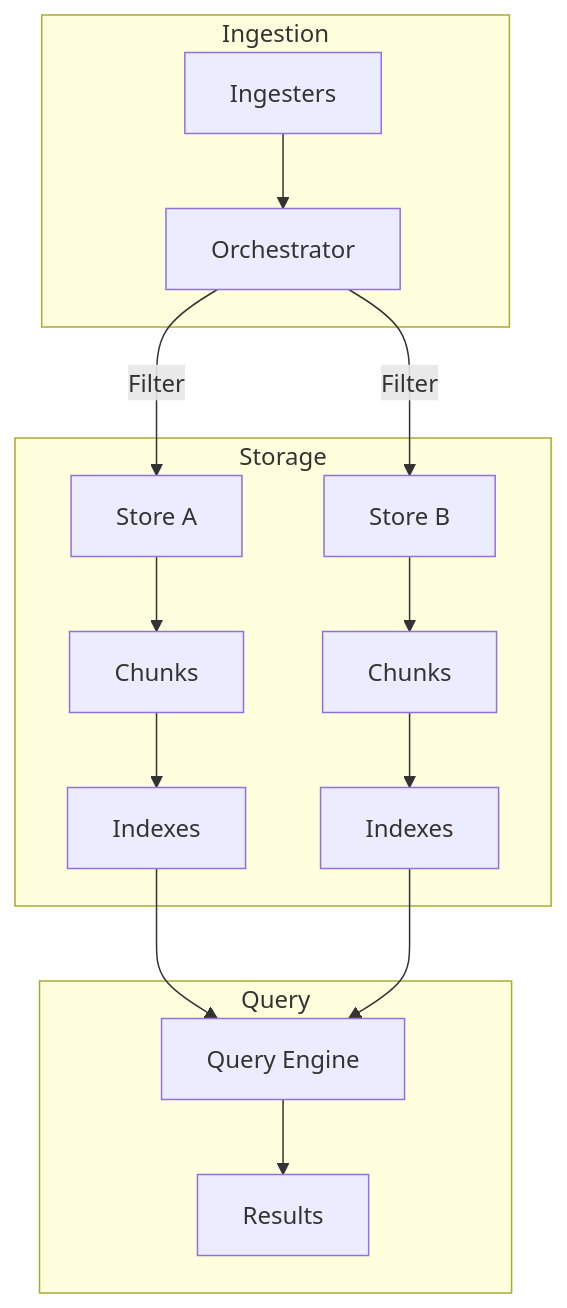
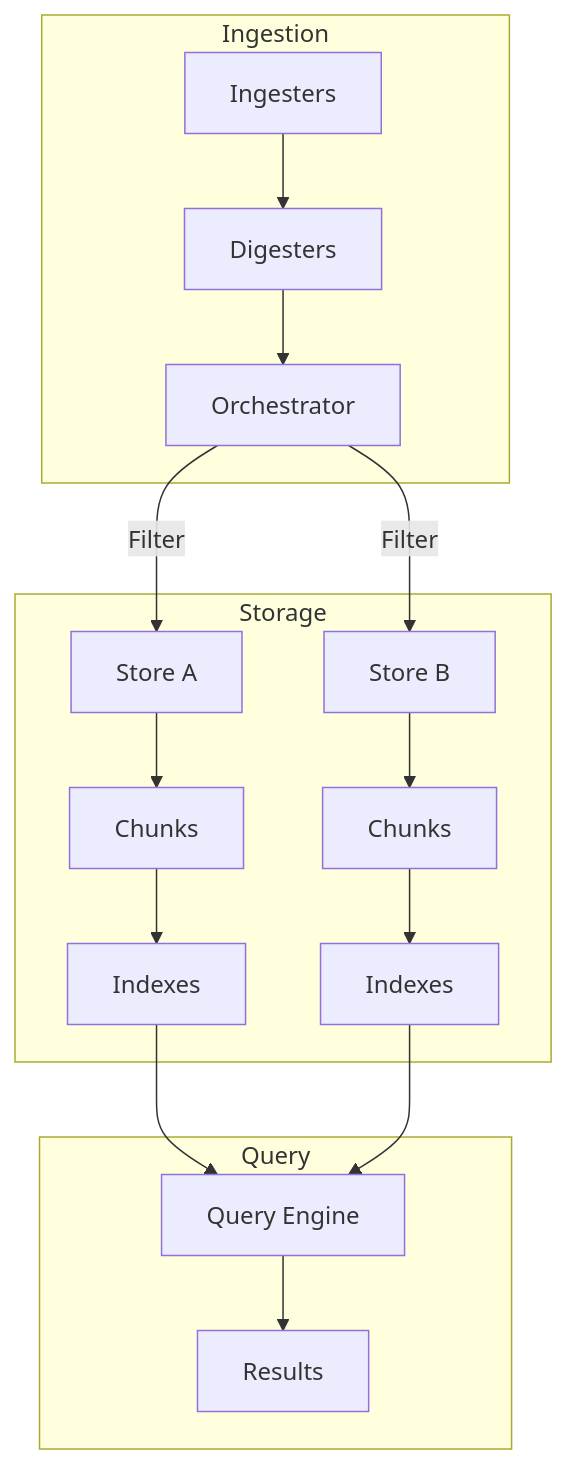
One commit to kluzzebass/gastrolog changed the diagram in frontend/src/help/architecture.md. Above: the diagram before and after it, drawn with Mermaid. The commit also changed other lines of this file and 11 other files, not shown here.

````diff
--- a/frontend/src/help/architecture.md
+++ b/frontend/src/help/architecture.md
@@ -5,24 +5,25 @@
 ```mermaid
 graph TD
     subgraph Ingestion
         I[Ingesters]
+        D[Digesters]
         O[Orchestrator]
-        I --> O
+        I --> D --> O
     end
 
     subgraph Storage
         O -->|Filter| S1[Store A]
         O -->|Filter| S2[Store B]
         S1 --> C1[Chunks]
         S2 --> C2[Chunks]
         C1 --> X1[Indexes]
         C2 --> X2[Indexes]
     end
 
     subgraph Query
         Q[Query Engine]
         X1 --> Q
         X2 --> Q
         Q --> R[Results]
     end
 ```
````
